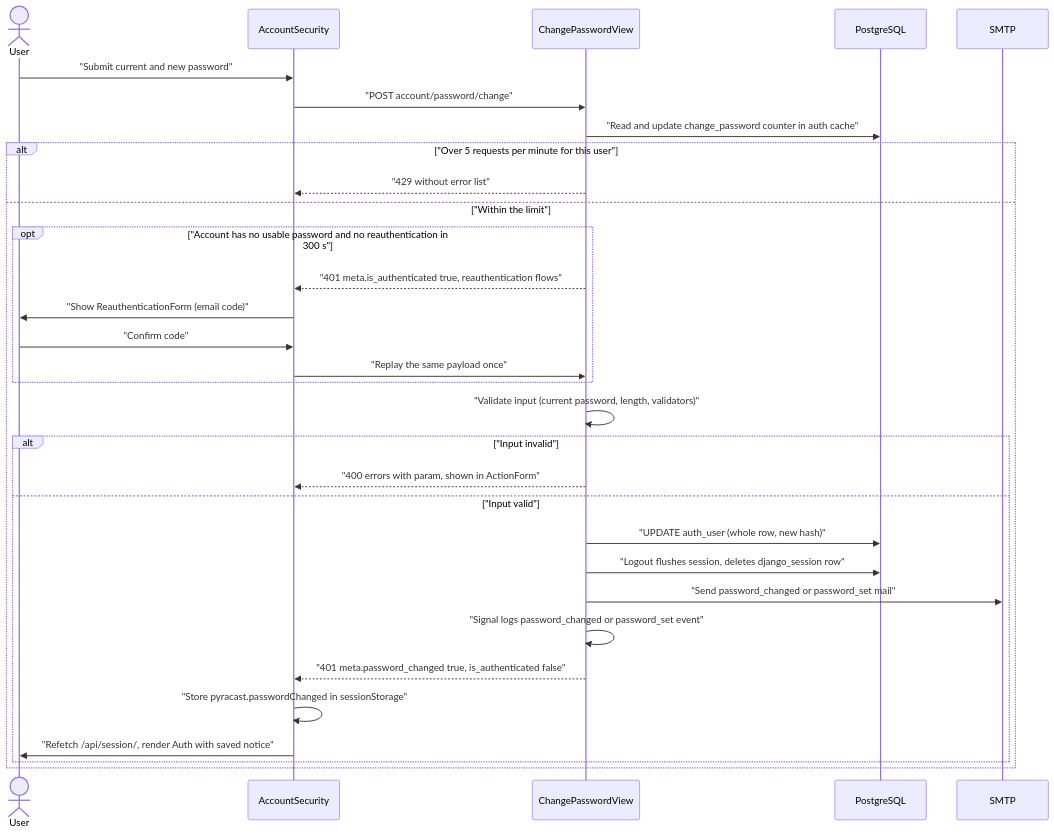
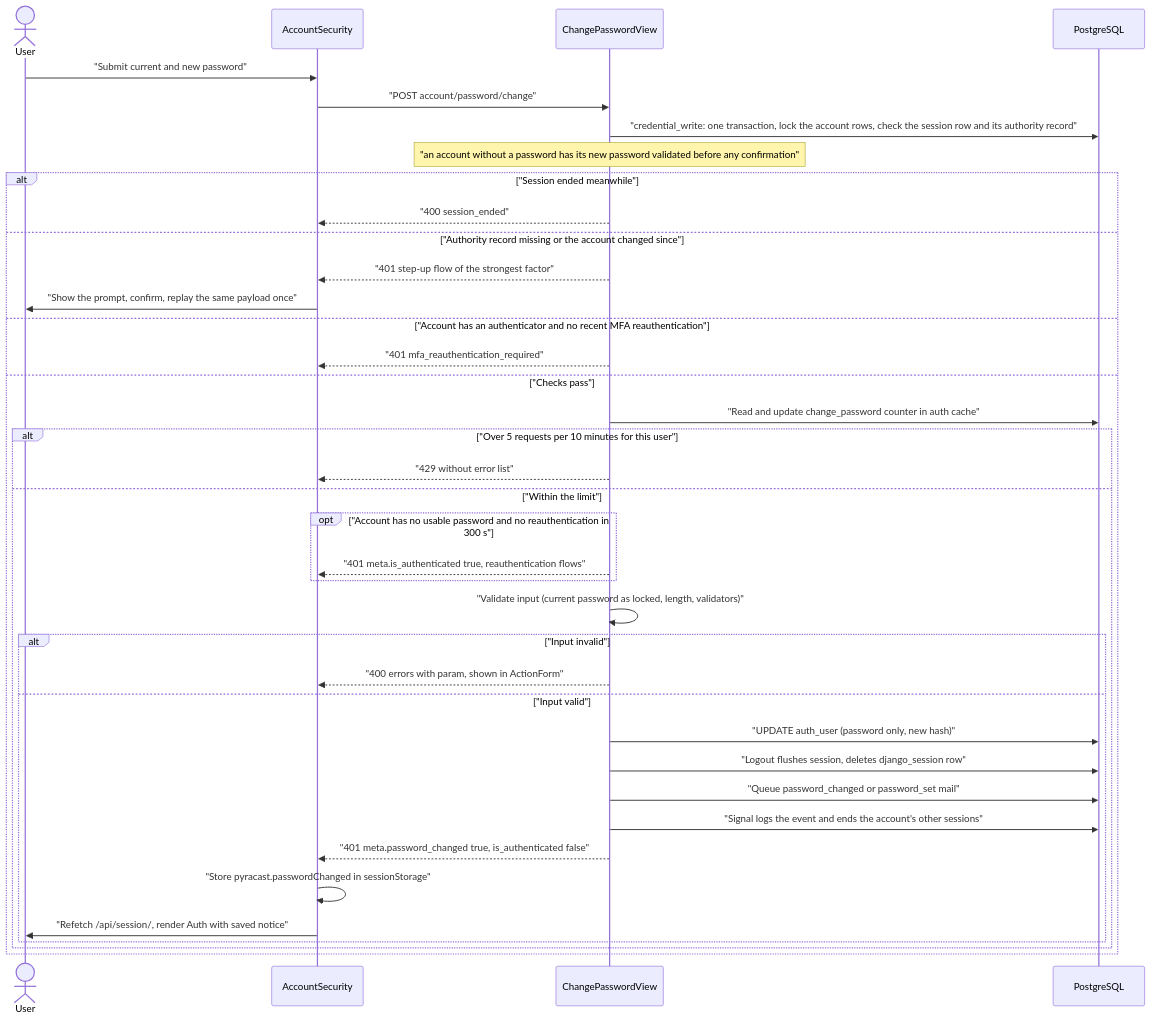
Before and after one commit to erkurtharun/pyracast: the diagram in docs/flows/password-change.md, drawn with Mermaid. The commit also changed other lines of this file and 11 other files, not shown here.

First line of the commit message:
Bring the identity and access flow pages in line with the code

````diff
--- a/docs/flows/password-change.md
+++ b/docs/flows/password-change.md
@@ -14,33 +14,40 @@
 ```mermaid
 sequenceDiagram
     actor U as User
     participant S as AccountSecurity
     participant V as ChangePasswordView
     participant DB as PostgreSQL
-    participant M as SMTP
     U->>S: "Submit current and new password"
     S->>V: "POST account/password/change"
-    V->>DB: "Read and update change_password counter in auth cache"
-    alt "Over 5 requests per minute for this user"
-        V-->>S: "429 without error list"
-    else "Within the limit"
-        opt "Account has no usable password and no reauthentication in 300 s"
-            V-->>S: "401 meta.is_authenticated true, reauthentication flows"
-            S->>U: "Show ReauthenticationForm (email code)"
-            U->>S: "Confirm code"
-            S->>V: "Replay the same payload once"
-        end
-        V->>V: "Validate input (current password, length, validators)"
-        alt "Input invalid"
-            V-->>S: "400 errors with param, shown in ActionForm"
-        else "Input valid"
-            V->>DB: "UPDATE auth_user (whole row, new hash)"
-            V->>DB: "Logout flushes session, deletes django_session row"
-            V->>M: "Send password_changed or password_set mail"
-            V->>V: "Signal logs password_changed or password_set event"
-            V-->>S: "401 meta.password_changed true, is_authenticated false"
-            S->>S: "Store pyracast.passwordChanged in sessionStorage"
-            S->>U: "Refetch /api/session/, render Auth with saved notice"
+    V->>DB: "credential_write: one transaction, lock the account rows, check the session row and its authority record"
+    Note over V: "an account without a password has its new password validated before any confirmation"
+    alt "Session ended meanwhile"
+        V-->>S: "400 session_ended"
+    else "Authority record missing or the account changed since"
+        V-->>S: "401 step-up flow of the strongest factor"
+        S->>U: "Show the prompt, confirm, replay the same payload once"
+    else "Account has an authenticator and no recent MFA reauthentication"
+        V-->>S: "401 mfa_reauthentication_required"
+    else "Checks pass"
+        V->>DB: "Read and update change_password counter in auth cache"
+        alt "Over 5 requests per 10 minutes for this user"
+            V-->>S: "429 without error list"
+        else "Within the limit"
+            opt "Account has no usable password and no reauthentication in 300 s"
+                V-->>S: "401 meta.is_authenticated true, reauthentication flows"
+            end
+            V->>V: "Validate input (current password as locked, length, validators)"
+            alt "Input invalid"
+                V-->>S: "400 errors with param, shown in ActionForm"
+            else "Input valid"
+                V->>DB: "UPDATE auth_user (password only, new hash)"
+                V->>DB: "Logout flushes session, deletes django_session row"
+                V->>DB: "Queue password_changed or password_set mail"
+                V->>DB: "Signal logs the event and ends the account's other sessions"
+                V-->>S: "401 meta.password_changed true, is_authenticated false"
+                S->>S: "Store pyracast.passwordChanged in sessionStorage"
+                S->>U: "Refetch /api/session/, render Auth with saved notice"
+            end
         end
     end
 ```
````
